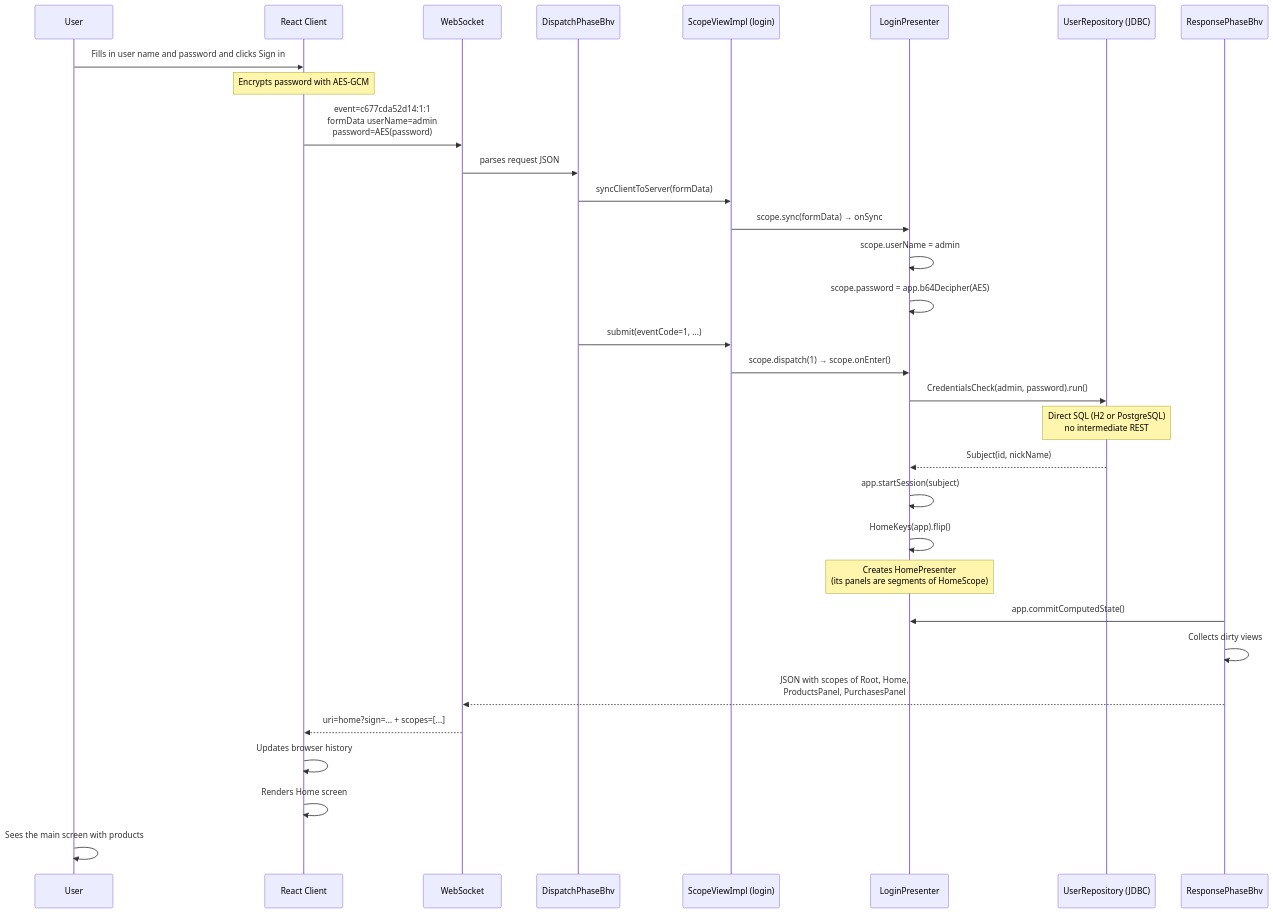
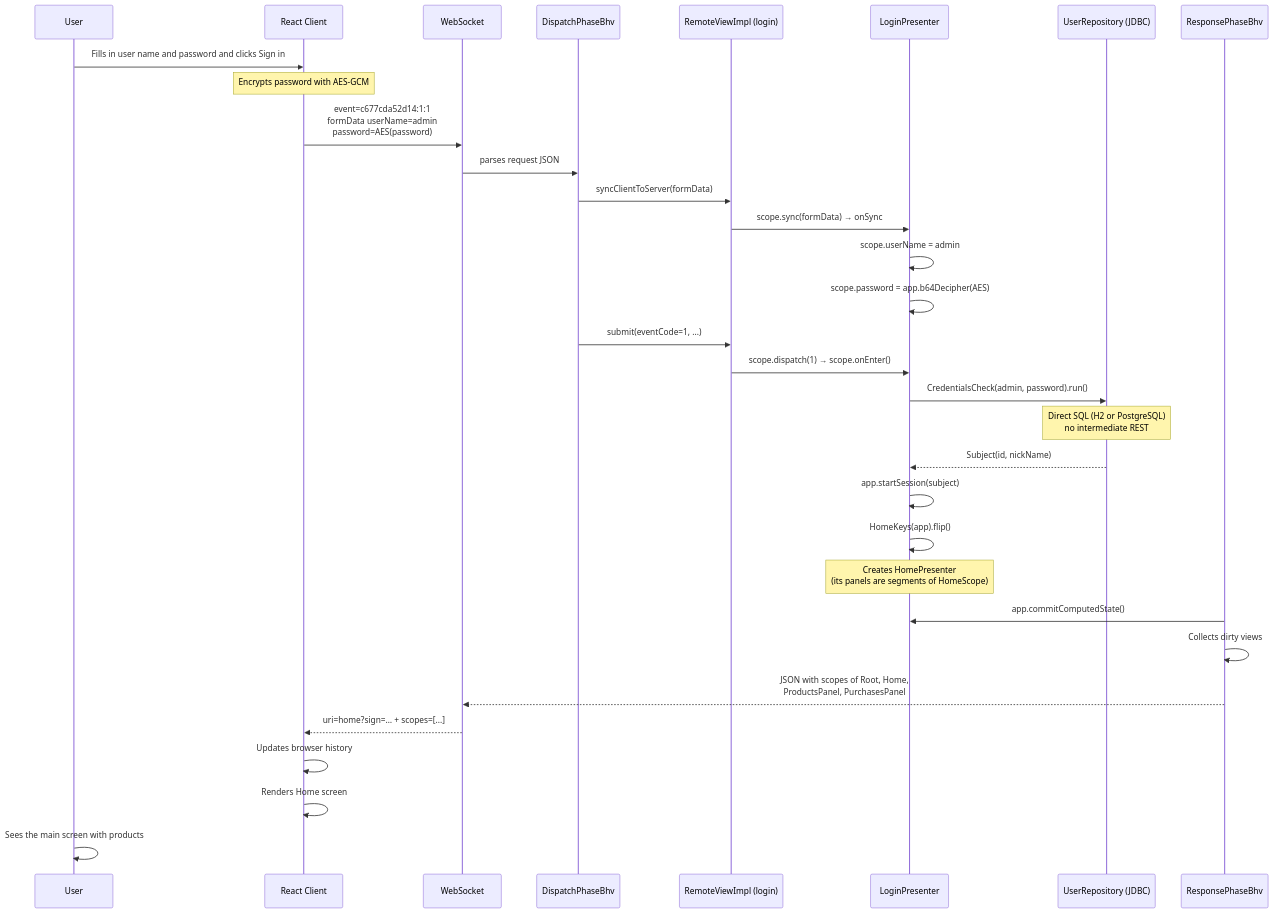
Before and after one commit to mrcdom/wdc-cube-kotlin: the ninth of 9 diagrams in docs/architecture-react.md, drawn with Mermaid. The commit also changed other lines of this file and 89 other files, not shown here.

````diff
--- a/docs/architecture-react.md
+++ b/docs/architecture-react.md
@@ -493,47 +510,47 @@
 ```mermaid
 sequenceDiagram
     participant User as User
     participant React as React Client
     participant WS as WebSocket
     participant Disp as DispatchPhaseBhv
-    participant LView as ScopeViewImpl (login)
+    participant LView as RemoteViewImpl (login)
     participant LPres as LoginPresenter
     participant URepo as UserRepository (JDBC)
     participant Resp as ResponsePhaseBhv
 
     User->>React: Fills in user name and password and clicks Sign in
 
     Note over React: Encrypts password with AES-GCM
 
     React->>WS: event=c677cda52d14:1:1<br/>formData userName=admin<br/>password=AES(password)
 
     WS->>Disp: parses request JSON
 
     Disp->>LView: syncClientToServer(formData)
     LView->>LPres: scope.sync(formData) → onSync
     LPres->>LPres: scope.userName = admin
     LPres->>LPres: scope.password = app.b64Decipher(AES)
 
     Disp->>LView: submit(eventCode=1, ...)
     LView->>LPres: scope.dispatch(1) → scope.onEnter()
 
     LPres->>URepo: CredentialsCheck(admin, password).run()
     Note over URepo: Direct SQL (H2 or PostgreSQL)<br/>no intermediate REST
     URepo-->>LPres: Subject(id, nickName)
 
     LPres->>LPres: app.startSession(subject)
     LPres->>LPres: HomeKeys(app).flip()
 
     Note over LPres: Creates HomePresenter<br/>(its panels are segments of HomeScope)
 
     Resp->>LPres: app.commitComputedState()
     Resp->>Resp: Collects dirty views
 
     Resp-->>WS: JSON with scopes of Root, Home,<br/>ProductsPanel, PurchasesPanel
 
     WS-->>React: uri=home?sign=… + scopes=[...]
     React->>React: Updates browser history
     React->>React: Renders Home screen
 
     User->>User: Sees the main screen with products
 ```
````
